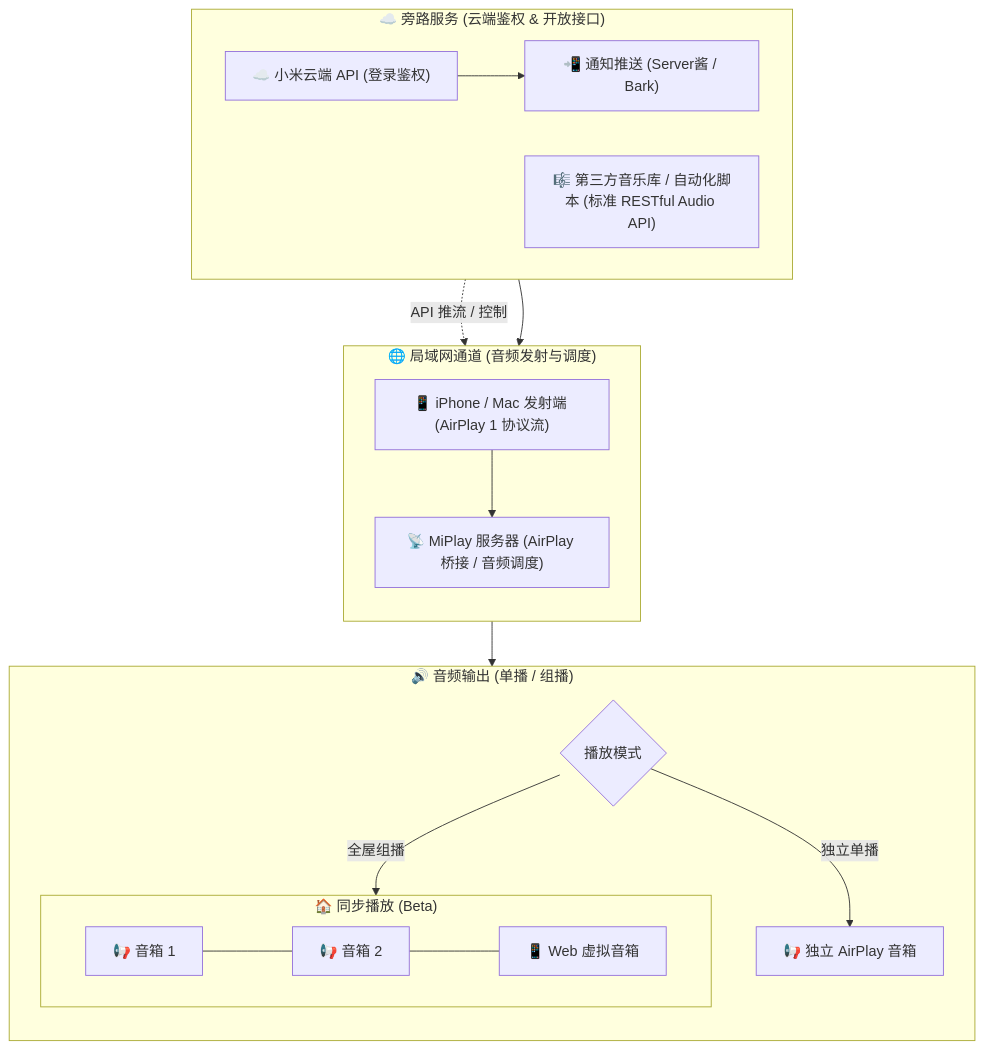
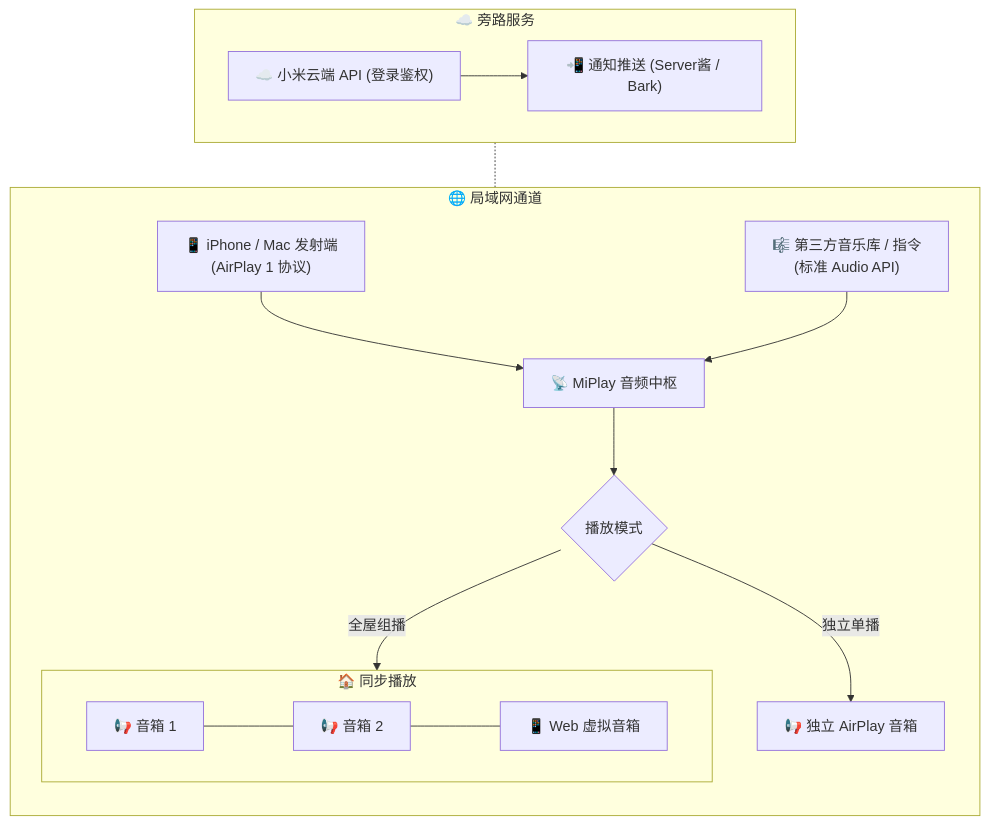
One commit to juneix/MiPlay2 changed the diagram in README.md. Above: the diagram before and after it, drawn with Mermaid.

Commit message:
开放 api

````diff
--- a/README.md
+++ b/README.md
@@ -40,32 +40,25 @@
 ```mermaid
 flowchart TD
-    subgraph TopSide ["☁️ 旁路服务 (云端鉴权 & 开放接口)"]
+    subgraph Side ["☁️ 旁路服务"]
         direction LR
         Cloud["☁️ 小米云端 API (登录鉴权)"] --> Notify["📲 通知推送 (Server酱 / Bark)"]
-        Music["🎼 第三方音乐库 / 自动化脚本 (标准 RESTful Audio API)"]
     end
 
-    subgraph MidLAN ["🌐 局域网通道 (音频发射与调度)"]
+    subgraph LAN ["🌐 局域网通道"]
         direction TD
-        A["📱 iPhone / Mac 发射端 (AirPlay 1 协议流)"]
-        Server["📡 MiPlay 服务器 (AirPlay 桥接 / 音频调度)"]
+        A1["📱 iPhone / Mac 发射端<br/>(AirPlay 1 协议)"] --> B["📡 MiPlay 音频中枢"]
+        A2["🎼 第三方音乐库 / 指令<br/>(标准 Audio API)"] --> B
         
-        A --> Server
-        Music -.->|API 推流 / 控制| Server
-    end
-
-    subgraph BottomOut ["🔊 音频输出 (单播 / 组播)"]
-        direction TD
-        Server --> Mode{"播放模式"}
+        B --> C{"播放模式"}
         
-        Mode -->|独立单播| Single["📢 独立 AirPlay 音箱"]
-        Mode -->|全屋组播| Group
+        C -->|独立单播| D["📢 独立 AirPlay 音箱"]
+        C -->|全屋组播| E
         
-        subgraph Group ["🏠 同步播放 (Beta)"]
+        subgraph E ["🏠 同步播放"]
             direction LR
             E1["📢 音箱 1"] --- E2["📢 音箱 2"] --- E3["📱 Web 虚拟音箱"]
         end
     end
 
-    TopSide --> MidLAN
+    Side -.- LAN
 ```
````
